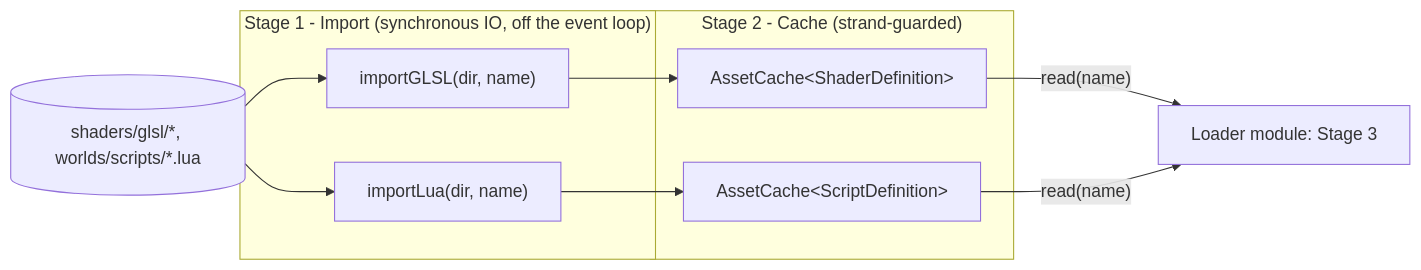
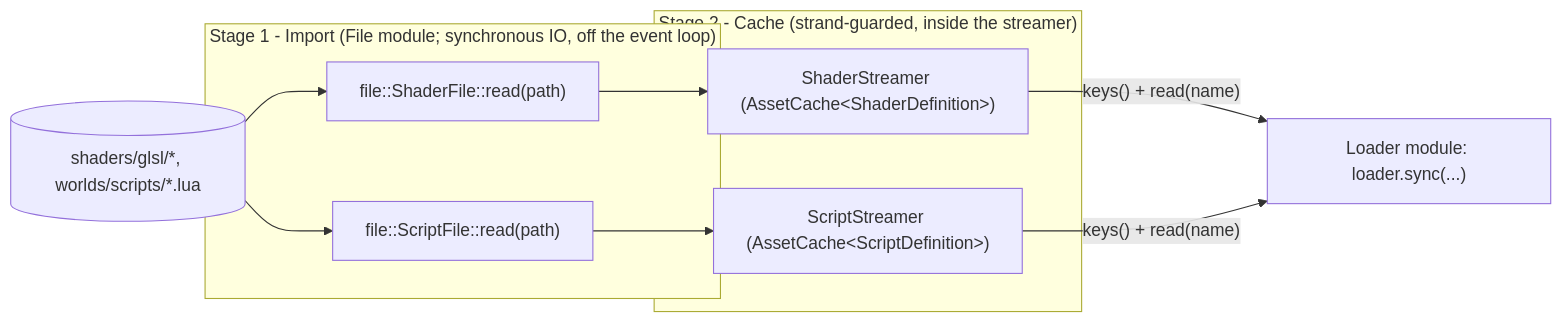
The diagram in engine/modules/Asset/README.md (MisterSawyer/astre), drawn with Mermaid before and after one commit. The commit also changed other lines of this file and 72 other files, not shown here.

````diff
--- a/engine/modules/Asset/README.md
+++ b/engine/modules/Asset/README.md
@@ -29,18 +32,18 @@
 ```mermaid
 flowchart LR
-    subgraph Stage1["Stage 1 - Import (synchronous IO, off the event loop)"]
-        GLSL["importGLSL(dir, name)"]
-        LUA["importLua(dir, name)"]
+    subgraph Stage1["Stage 1 - Import (File module; synchronous IO, off the event loop)"]
+        GLSL["file::ShaderFile::read(path)"]
+        LUA["file::ScriptFile::read(path)"]
     end
 
-    subgraph Stage2["Stage 2 - Cache (strand-guarded)"]
-        SC["AssetCache&lt;ShaderDefinition&gt;"]
-        TC["AssetCache&lt;ScriptDefinition&gt;"]
+    subgraph Stage2["Stage 2 - Cache (strand-guarded, inside the streamer)"]
+        SC["ShaderStreamer (AssetCache&lt;ShaderDefinition&gt;)"]
+        TC["ScriptStreamer (AssetCache&lt;ScriptDefinition&gt;)"]
     end
 
     Disk[("shaders/glsl/*, worlds/scripts/*.lua")] --> GLSL --> SC
     Disk --> LUA --> TC
 
-    SC -->|"read(name)"| Stage3["Loader module: Stage 3"]
-    TC -->|"read(name)"| Stage3
+    SC -->|"keys() + read(name)"| Stage3["Loader module: loader.sync(...)"]
+    TC -->|"keys() + read(name)"| Stage3
 ```
````
